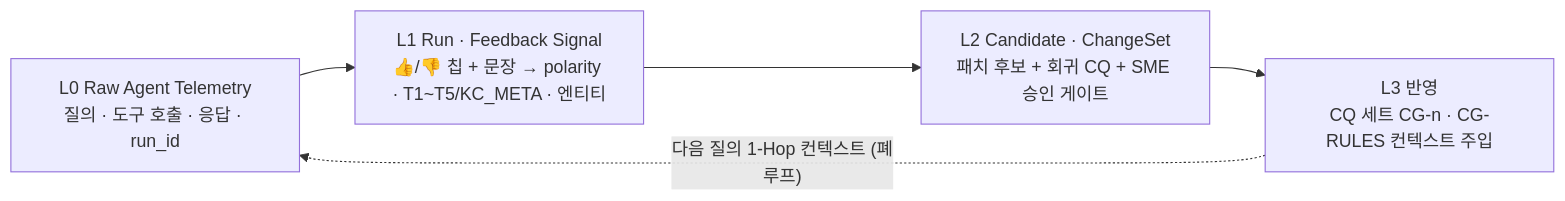
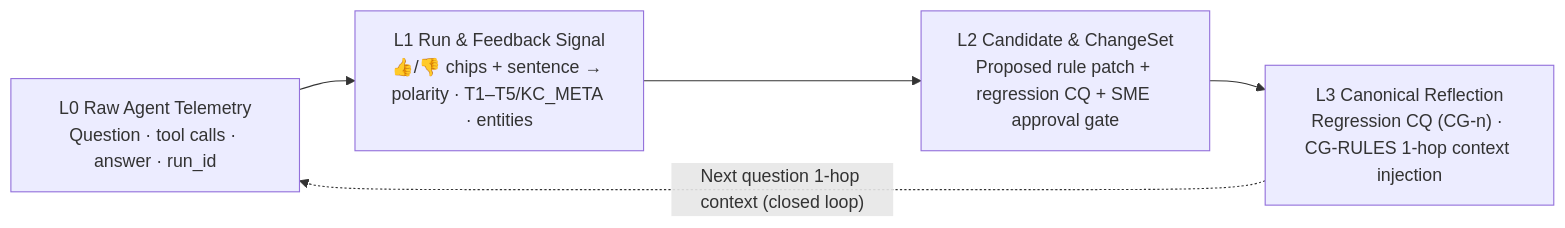
The diagram in README.md (seanjungG/agentic-ontology-starter), drawn with Mermaid before and after one commit. The commit also changed other lines of this file and 21 other files, not shown here.

Commit message:
feat(starter): v6.14.0 English-first launch, Notebook Lab & Context Graph alignment, Core MCP 1.12.0 portal

````diff
--- a/README.md
+++ b/README.md
@@ -87,7 +95,7 @@
 ```mermaid
 flowchart LR
-  L0["L0 Raw Agent Telemetry<br/>질의 · 도구 호출 · 응답 · run_id"] --> L1["L1 Run · Feedback Signal<br/>👍/👎 칩 + 문장 → polarity · T1~T5/KC_META · 엔티티"]
-  L1 --> L2["L2 Candidate · ChangeSet<br/>패치 후보 + 회귀 CQ + SME 승인 게이트"]
-  L2 --> L3["L3 반영<br/>CQ 세트 CG-n · CG-RULES 컨텍스트 주입"]
-  L3 -. "다음 질의 1-Hop 컨텍스트 (폐루프)" .-> L0
+  L0["L0 Raw Agent Telemetry<br/>Question · tool calls · answer · run_id"] --> L1["L1 Run & Feedback Signal<br/>👍/👎 chips + sentence → polarity · T1–T5/KC_META · entities"]
+  L1 --> L2["L2 Candidate & ChangeSet<br/>Proposed rule patch + regression CQ + SME approval gate"]
+  L2 --> L3["L3 Canonical Reflection<br/>Regression CQ (CG-n) · CG-RULES 1-hop context injection"]
+  L3 -. "Next question 1-hop context (closed loop)" .-> L0
 ```
````
